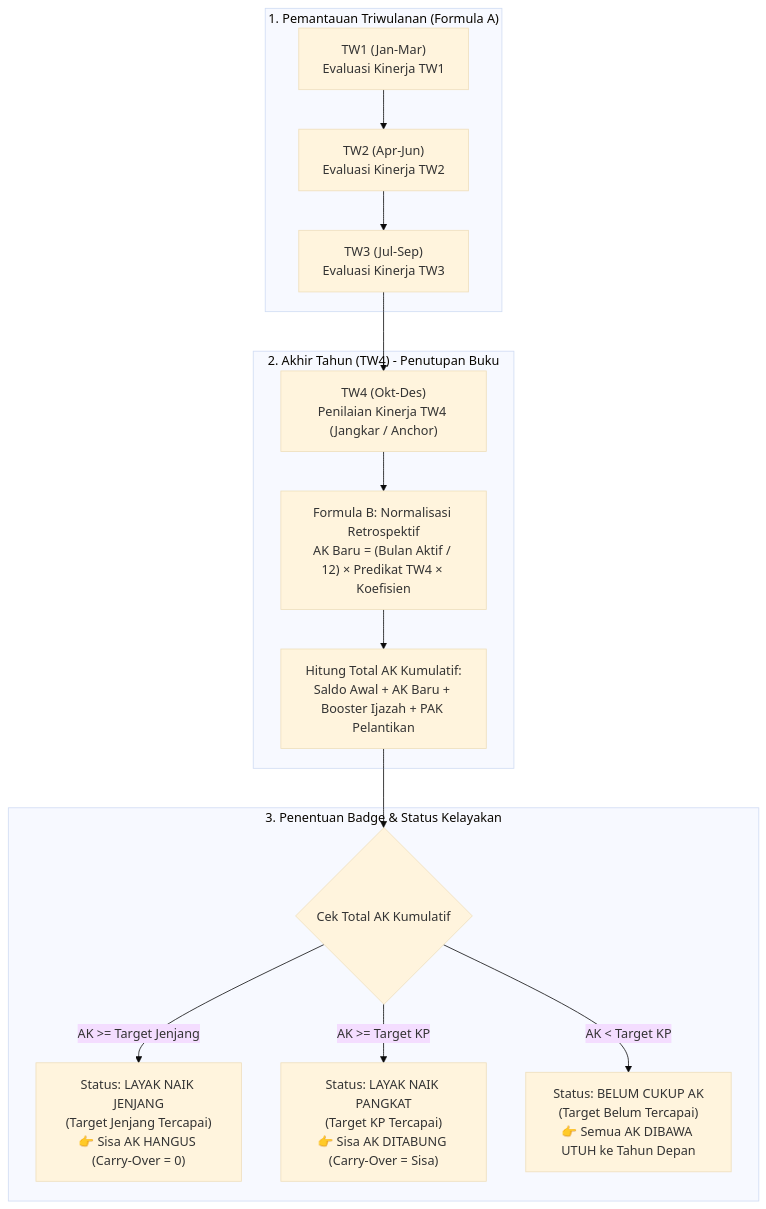
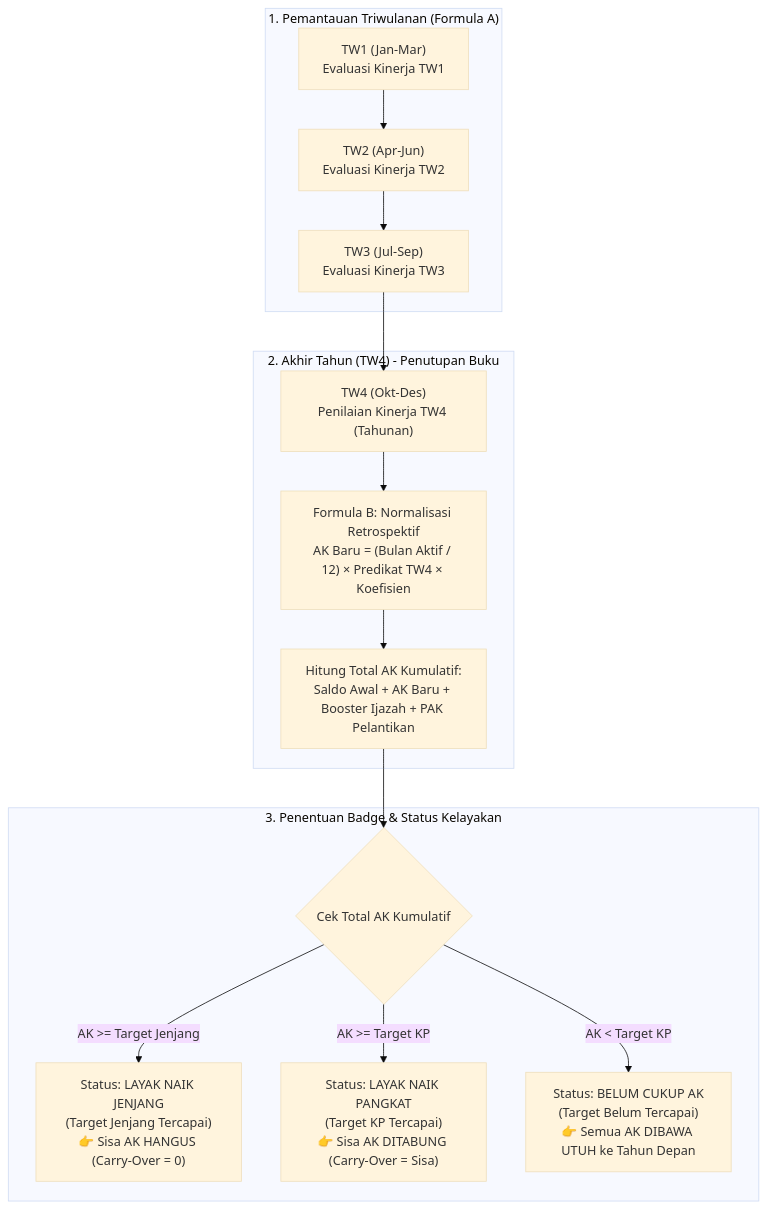
Before and after one commit to Apriiansh/konversi-kinerja-kpk: the diagram in backend/workflow.md, drawn with Mermaid (base theme). The commit also changed other lines of this file and 30 other files, not shown here.

````diff
--- a/backend/workflow.md
+++ b/backend/workflow.md
@@ -11,26 +11,26 @@
 ```mermaid
 flowchart TD
     subgraph Periode_Berjalan ["1. Pemantauan Triwulanan (Formula A)"]
         Q1["TW1 (Jan-Mar)\nEvaluasi Kinerja TW1"]
         Q2["TW2 (Apr-Jun)\nEvaluasi Kinerja TW2"]
         Q3["TW3 (Jul-Sep)\nEvaluasi Kinerja TW3"]
     end
 
     subgraph Akhir_Tahun ["2. Akhir Tahun (TW4) - Penutupan Buku"]
-        Q4["TW4 (Okt-Des)\nPenilaian Kinerja TW4 (Jangkar / Anchor)"]
+        Q4["TW4 (Okt-Des)\nPenilaian Kinerja TW4 (Tahunan)"]
         Norm["Formula B: Normalisasi Retrospektif\nAK Baru = (Bulan Aktif / 12) × Predikat TW4 × Koefisien"]
         Total["Hitung Total AK Kumulatif:\nSaldo Awal + AK Baru + Booster Ijazah + PAK Pelantikan"]
     end
 
     subgraph Keputusan_Badge ["3. Penentuan Badge & Status Kelayakan"]
         Cek{Cek Total AK Kumulatif}
         B1["Status: LAYAK NAIK JENJANG\n(Target Jenjang Tercapai)\n👉 Sisa AK HANGUS (Carry-Over = 0)"]
         B2["Status: LAYAK NAIK PANGKAT\n(Target KP Tercapai)\n👉 Sisa AK DITABUNG (Carry-Over = Sisa)"]
         B3["Status: BELUM CUKUP AK\n(Target Belum Tercapai)\n👉 Semua AK DIBAWA UTUH ke Tahun Depan"]
     end
 
     Q1 --> Q2 --> Q3 --> Q4 --> Norm --> Total --> Cek
     Cek -->|AK >= Target Jenjang| B1
     Cek -->|AK >= Target KP| B2
     Cek -->|AK < Target KP| B3
 ```
````
